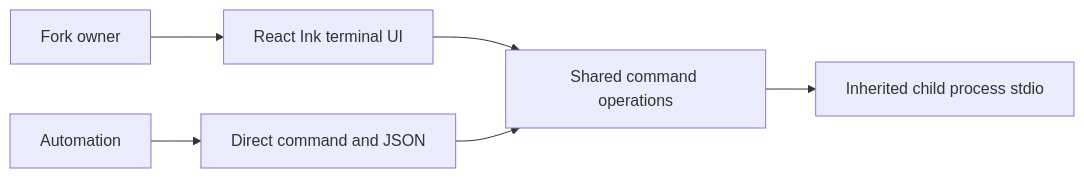
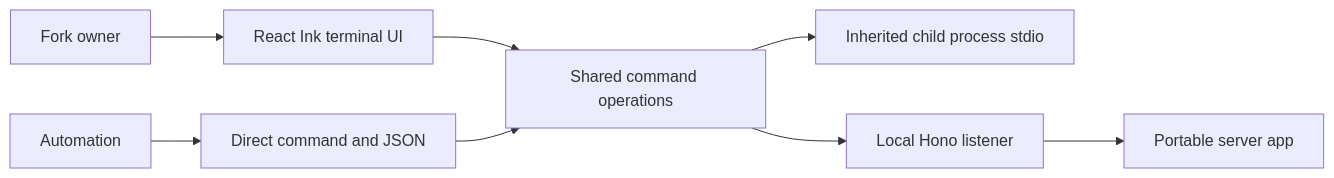
One commit to trytilde/dispatch changed the diagram in docs/adrs/0003-react-ink-cli.md. Above: the diagram before and after it, drawn with Mermaid. The commit also changed other lines of this file and 27 other files, not shown here.

````diff
--- a/docs/adrs/0003-react-ink-cli.md
+++ b/docs/adrs/0003-react-ink-cli.md
@@ -17,8 +21,10 @@
 ```mermaid
 flowchart LR
   O["Fork owner"] --> I["React Ink terminal UI"]
   A["Automation"] --> J["Direct command and JSON"]
   I --> C["Shared command operations"]
   J --> C
   C --> P["Inherited child process stdio"]
+  C --> H["Local Hono listener"]
+  H --> S["Portable server app"]
 ```
````
